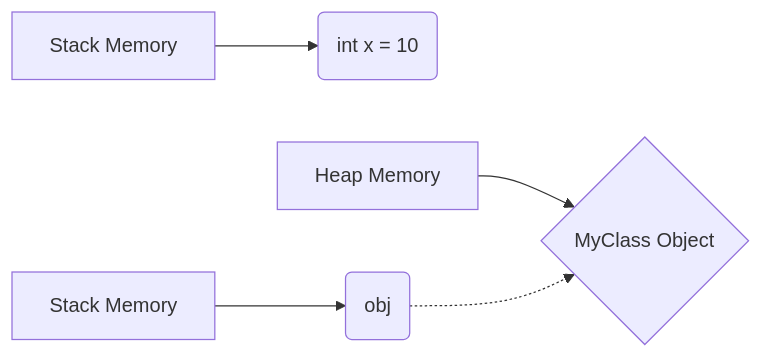
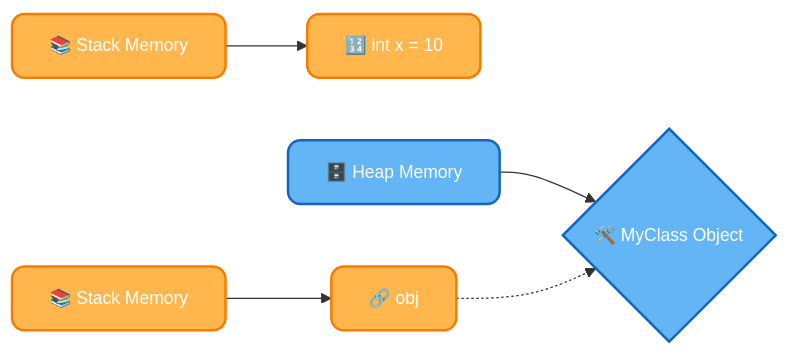
Before and after one commit to infoyouth/infoyouth.github.io: the second of 5 diagrams in _posts/2025-01-06-15.-memory-allocation-in-java.md, drawn with Mermaid. The commit also changed other lines of this file and 2 other files, not shown here.

````diff
--- a/_posts/2025-01-06-15.-memory-allocation-in-java.md
+++ b/_posts/2025-01-06-15.-memory-allocation-in-java.md
@@ -103,7 +112,18 @@
 ```mermaid
 graph LR
-    A[Stack Memory] --> B(int x = 10);
-    C[Heap Memory] --> D{MyClass Object};
-    E[Stack Memory] --> F(obj);
+    classDef stackStyle fill:#FFB74D,stroke:#F57C00,color:#FFFFFF,font-size:14px,stroke-width:2px,rx:10px;
+    classDef heapStyle fill:#64B5F6,stroke:#1565C0,color:#FFFFFF,font-size:14px,stroke-width:2px,rx:10px;
+
+    A[📚 Stack Memory] --> B[🔢 int x = 10];
+    C[🗄️ Heap Memory] --> D{🛠️ MyClass Object};
+    E[📚 Stack Memory] --> F[🔗 obj];
     F -.-> D;
+
+    class A stackStyle;
+    class B stackStyle;
+    class E stackStyle;
+    class F stackStyle;
+    class C heapStyle;
+    class D heapStyle;
+
 ```
````
